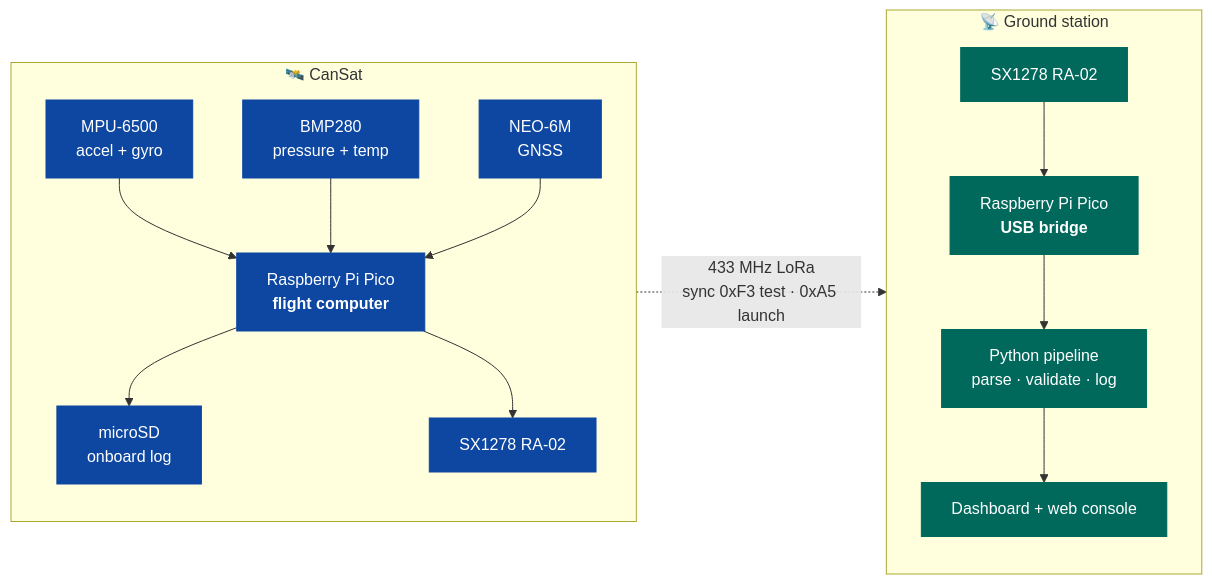
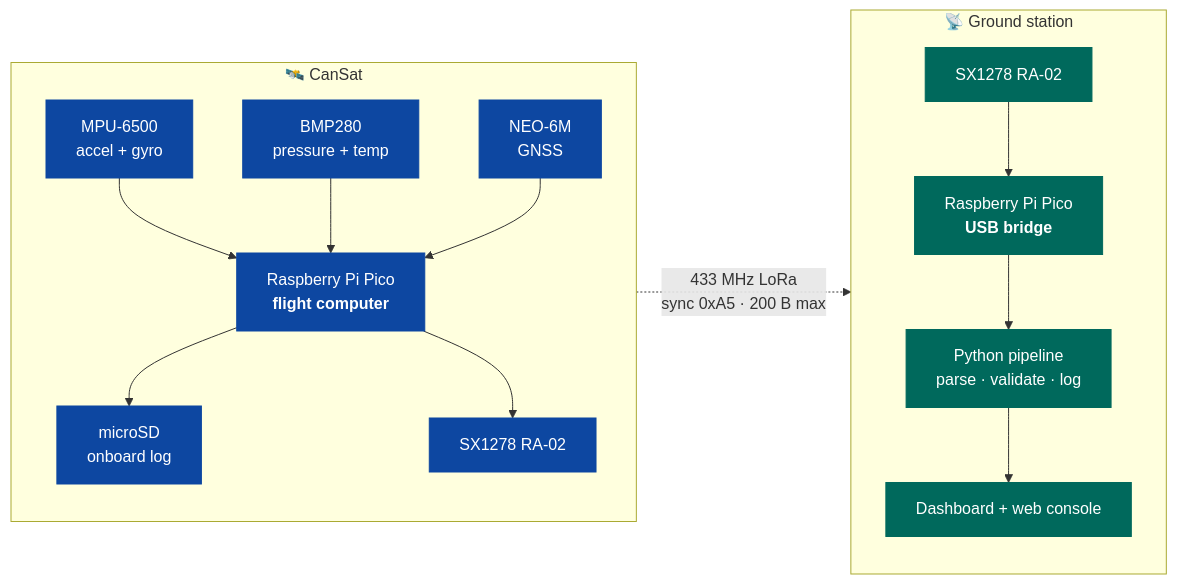
Before and after one commit to KunjSorathiya/CanSat-2026: the first of 3 diagrams in README.md, drawn with Mermaid. The commit also changed other lines of this file and 40 other files, not shown here.

````diff
--- a/README.md
+++ b/README.md
@@ -94,33 +94,33 @@
 ```mermaid
 flowchart LR
     subgraph CANSAT["🛰️ CanSat"]
         direction TB
         S1["MPU-6500<br/>accel + gyro"]
         S2["BMP280<br/>pressure + temp"]
         S3["NEO-6M<br/>GNSS"]
         FC["Raspberry Pi Pico<br/><b>flight computer</b>"]
         SD["microSD<br/>onboard log"]
         R1["SX1278 RA-02"]
         S1 --> FC
         S2 --> FC
         S3 --> FC
         FC --> SD
         FC --> R1
     end
 
     subgraph GROUND["📡 Ground station"]
         direction TB
         R2["SX1278 RA-02"]
         BR["Raspberry Pi Pico<br/><b>USB bridge</b>"]
         PC["Python pipeline<br/>parse · validate · log"]
         UI["Dashboard + web console"]
         R2 --> BR --> PC --> UI
     end
 
-    R1 -. "433 MHz LoRa<br/>sync 0xF3 test · 0xA5 launch" .-> R2
+    R1 -. "433 MHz LoRa<br/>sync 0xA5 · 200 B max" .-> R2
 
     classDef vehicle fill:#0d47a1,stroke:#0d47a1,color:#fff
     classDef ground fill:#00695c,stroke:#00695c,color:#fff
     class S1,S2,S3,FC,SD,R1 vehicle
     class R2,BR,PC,UI ground
 ```
````
